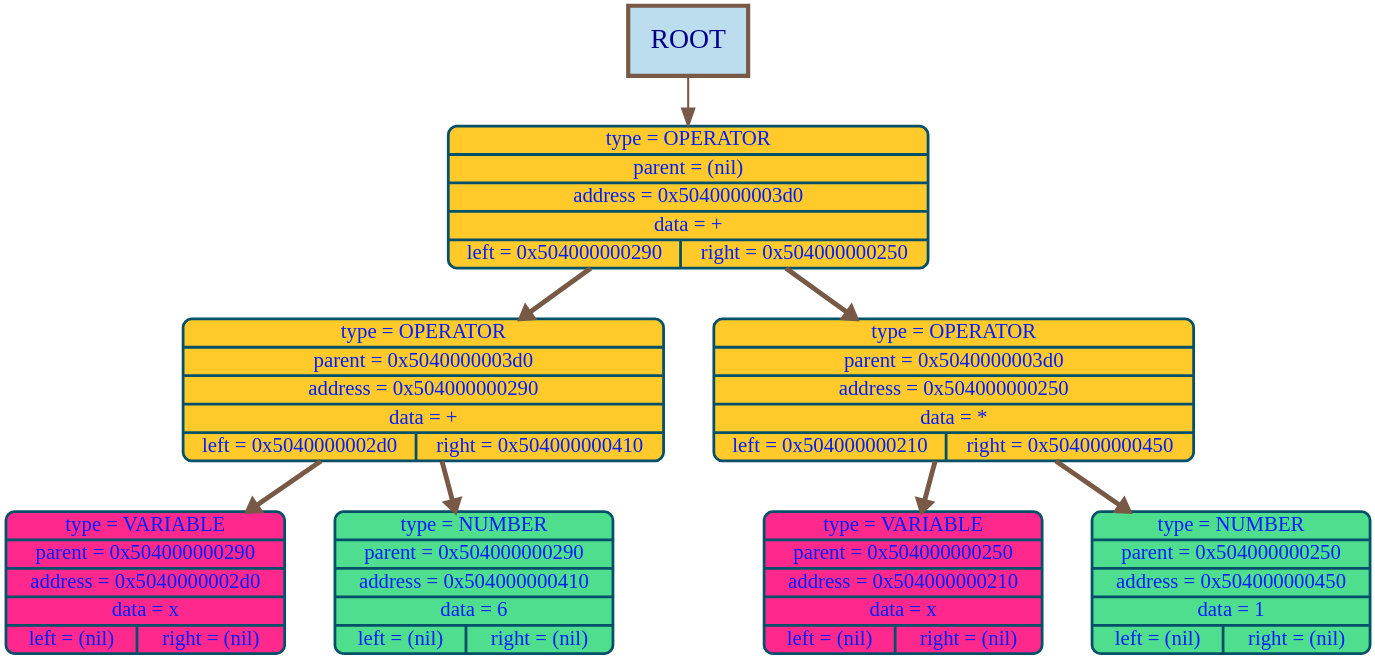
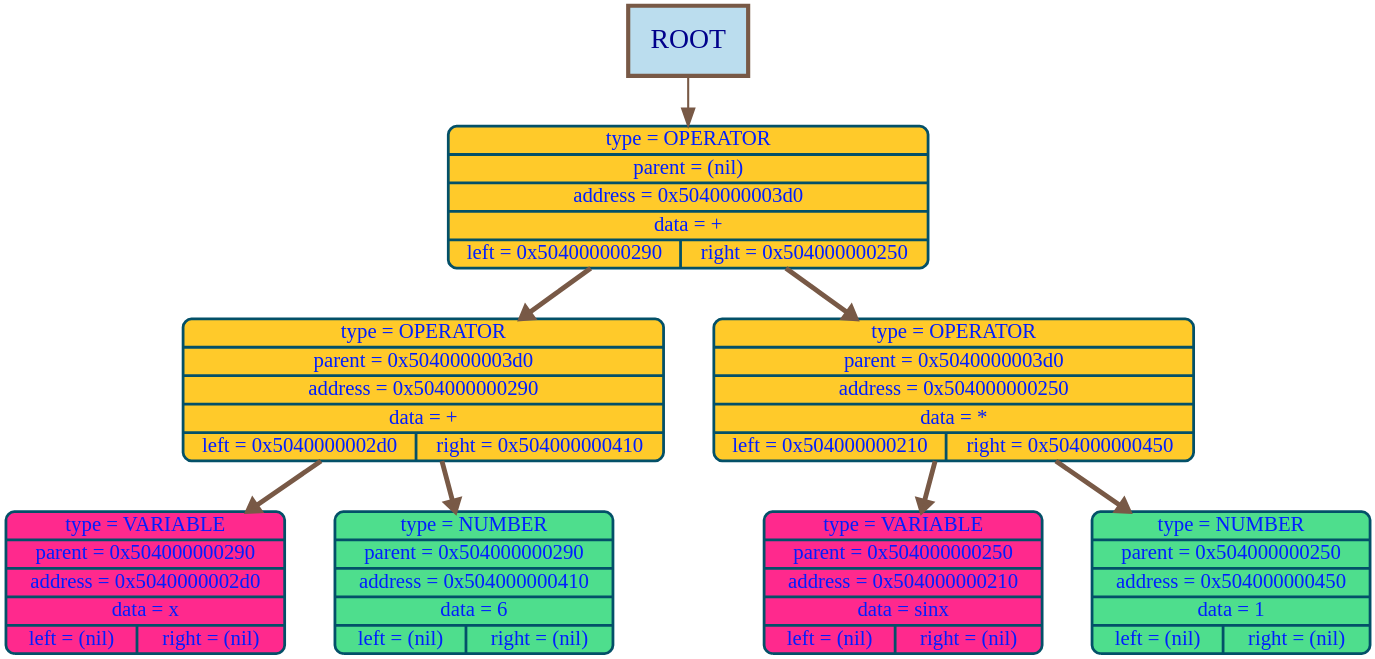
The diagram in graphDumps/graphDump.dot (timoko3/diffirenciator), drawn with Graphviz before and after one commit. The commit also changed 15 other files, not shown here.

```diff
--- a/graphDumps/graphDump.dot
+++ b/graphDumps/graphDump.dot
@@ -1,22 +1,22 @@
 digraph G {
 bgcolor="transparent"
 nodesep = 1;
 ranksep = 1
 	node [shape=Mrecord, style="filled", fillcolor="#70c07cff", fontcolor="#001effff", color="#035068ff", penwidth=4, fontname="Menlo", fontsize=30];
 
 	node976 [label="{type = OPERATOR | parent = (nil) | address = 0x5040000003d0 | data = + | {left = 0x504000000290 | right = 0x504000000250}} ", fillcolor="#ffca2aff"];
 	node656 [label="{type = OPERATOR | parent = 0x5040000003d0 | address = 0x504000000290 | data = + | {left = 0x5040000002d0 | right = 0x504000000410}} ", fillcolor="#ffca2aff"];
 	node720 [label="{type = VARIABLE | parent = 0x504000000290 | address = 0x5040000002d0 | data = x | {left = (nil) | right = (nil)}} ", fillcolor="#ff298dff"];
 	node1040 [label="{type = NUMBER | parent = 0x504000000290 | address = 0x504000000410 | data = 6 | {left = (nil) | right = (nil)}} ", fillcolor="#4ede8dff"];
 	node592 [label="{type = OPERATOR | parent = 0x5040000003d0 | address = 0x504000000250 | data = * | {left = 0x504000000210 | right = 0x504000000450}} ", fillcolor="#ffca2aff"];
-	node528 [label="{type = VARIABLE | parent = 0x504000000250 | address = 0x504000000210 | data = x | {left = (nil) | right = (nil)}} ", fillcolor="#ff298dff"];
+	node528 [label="{type = VARIABLE | parent = 0x504000000250 | address = 0x504000000210 | data = sinx | {left = (nil) | right = (nil)}} ", fillcolor="#ff298dff"];
 	node1104 [label="{type = NUMBER | parent = 0x504000000250 | address = 0x504000000450 | data = 1 | {left = (nil) | right = (nil)}} ", fillcolor="#4ede8dff"];
 node976 ->node656 [color="#785946ff", arrowsize=1.5, penwidth=7, weight=1000];
 node656 ->node720 [color="#785946ff", arrowsize=1.5, penwidth=7, weight=1000];
 node656->node1040 [color="#785946ff", arrowsize=1.5, penwidth=7, weight=1000];
 node976->node592 [color="#785946ff", arrowsize=1.5, penwidth=7, weight=1000];
 node592 ->node528 [color="#785946ff", arrowsize=1.5, penwidth=7, weight=1000];
 node592->node1104 [color="#785946ff", arrowsize=1.5, penwidth=7, weight=1000];
 root_label [shape=box, width = 2.4, height = 1.4, label="ROOT", style="filled", fillcolor="#BBDDEE", color="#785946ff", penwidth = 6,  fontcolor="darkblue", fontsize = 40];
 root_label -> node976 [color="#785946ff"  , arrowsize=2.5, penwidth=3];
 }
```
